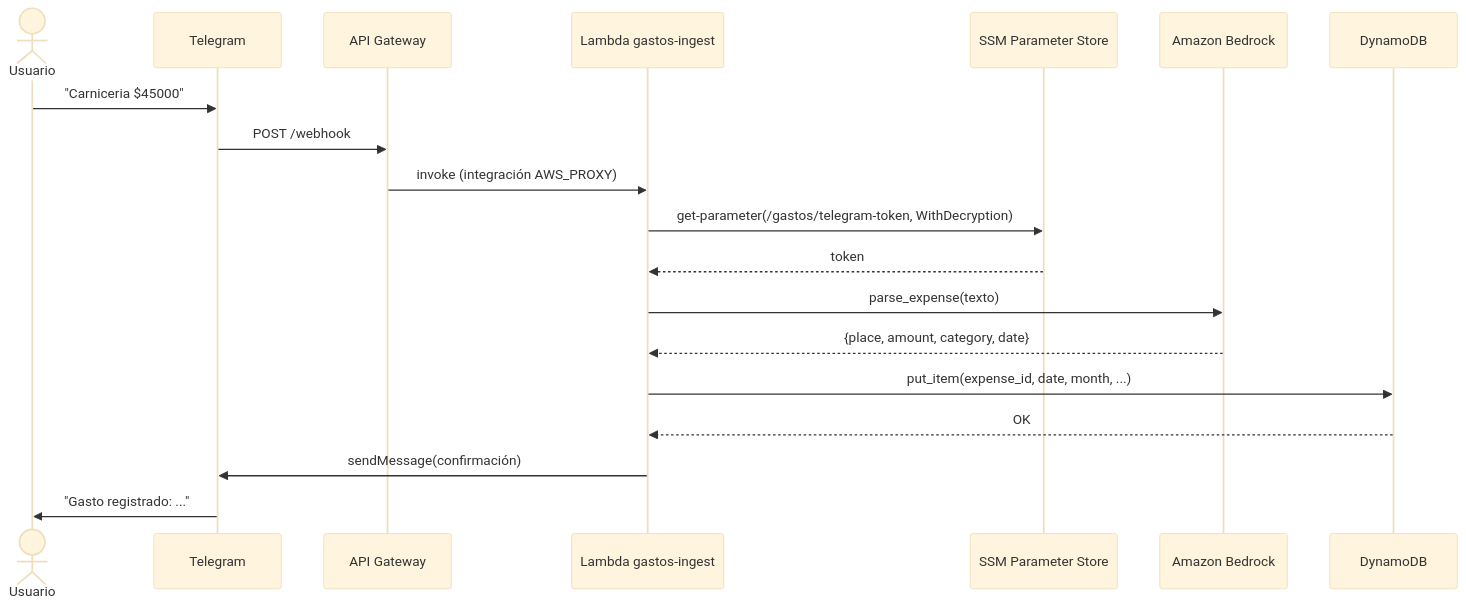
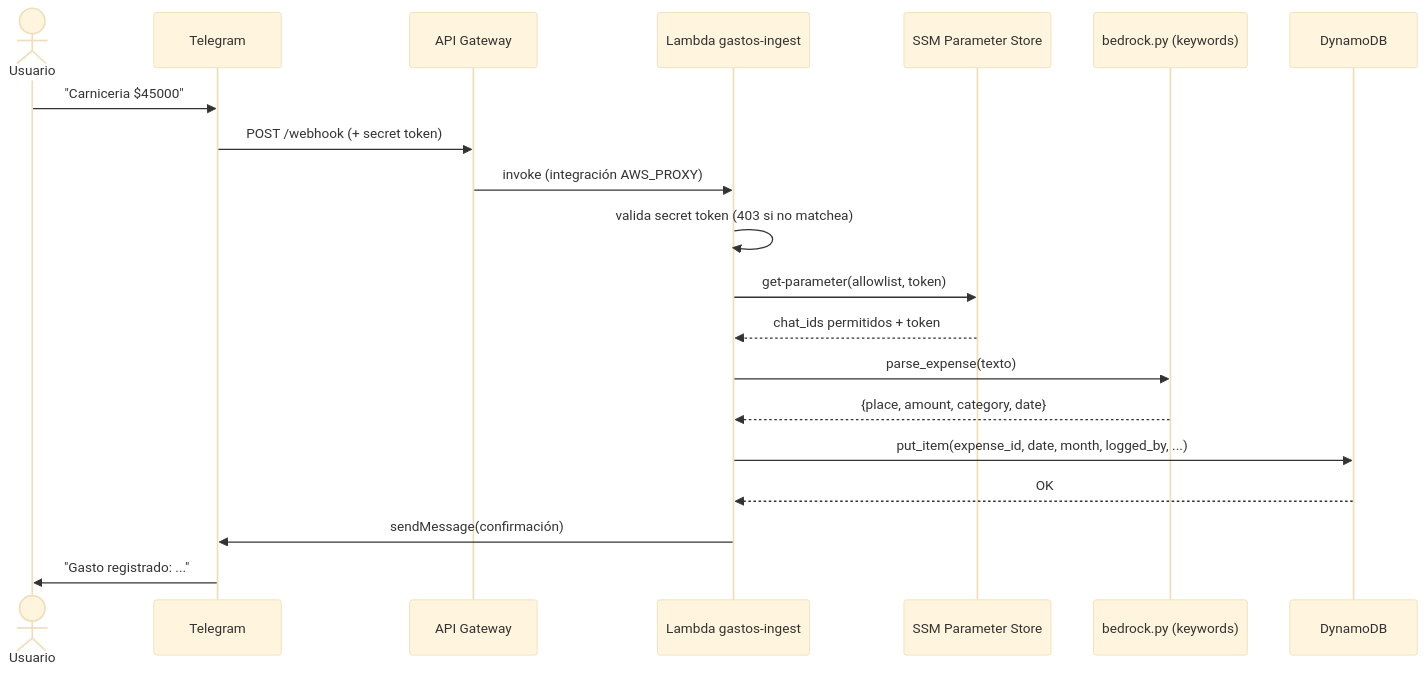
One commit to waegarcia/gastos-bot changed the second of 5 diagrams in README.md. Above: the diagram before and after it, drawn with Mermaid (base theme). The commit also changed other lines of this file, not shown here.

````diff
--- a/README.md
+++ b/README.md
@@ -45,22 +54,23 @@
 ```mermaid
 sequenceDiagram
     actor U as Usuario
     participant TG as Telegram
     participant APIGW as API Gateway
     participant L as Lambda gastos-ingest
     participant SSM as SSM Parameter Store
-    participant BR as Amazon Bedrock
+    participant BR as bedrock.py (keywords)
     participant DDB as DynamoDB
 
     U->>TG: "Carniceria $45000"
-    TG->>APIGW: POST /webhook
+    TG->>APIGW: POST /webhook (+ secret token)
     APIGW->>L: invoke (integración AWS_PROXY)
-    L->>SSM: get-parameter(/gastos/telegram-token, WithDecryption)
-    SSM-->>L: token
+    L->>L: valida secret token (403 si no matchea)
+    L->>SSM: get-parameter(allowlist, token)
+    SSM-->>L: chat_ids permitidos + token
     L->>BR: parse_expense(texto)
     BR-->>L: {place, amount, category, date}
-    L->>DDB: put_item(expense_id, date, month, ...)
+    L->>DDB: put_item(expense_id, date, month, logged_by, ...)
     DDB-->>L: OK
     L->>TG: sendMessage(confirmación)
     TG->>U: "Gasto registrado: ..."
 ```
````
